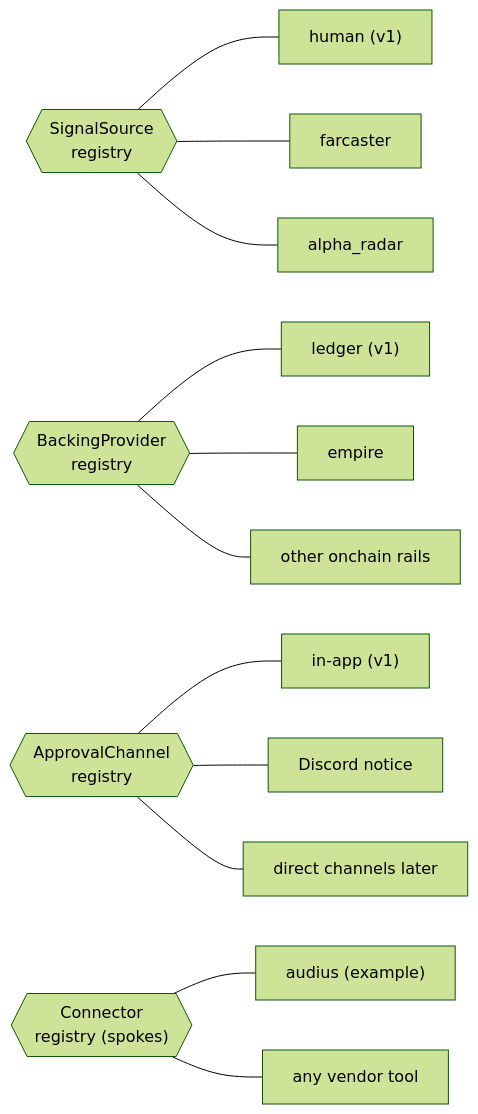
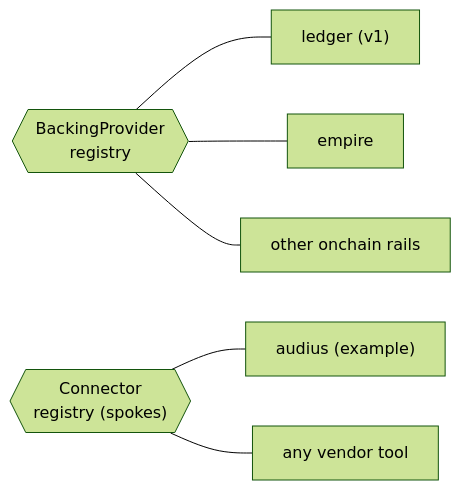
One commit to bettercallzaal/sparkz changed the fifth of 5 diagrams in README.md. Above: the diagram before and after it, drawn with Mermaid (forest theme). The commit also changed other lines of this file and 79 other files, not shown here.

````diff
--- a/README.md
+++ b/README.md
@@ -327,7 +278,5 @@
 ```mermaid
 flowchart LR
-  R1{{"SignalSource<br/>registry"}} --- H["human (v1)"] & FCa["farcaster"] & AR["alpha_radar"]
   R2{{"BackingProvider<br/>registry"}} --- L["ledger (v1)"] & EMp["empire"] & OC["other onchain rails"]
-  R3{{"ApprovalChannel<br/>registry"}} --- IA["in-app (v1)"] & DI["Discord notice"] & TG["direct channels later"]
   R4{{"Connector<br/>registry (spokes)"}} --- AU["audius (example)"] & VN["any vendor tool"]
 ```
````
